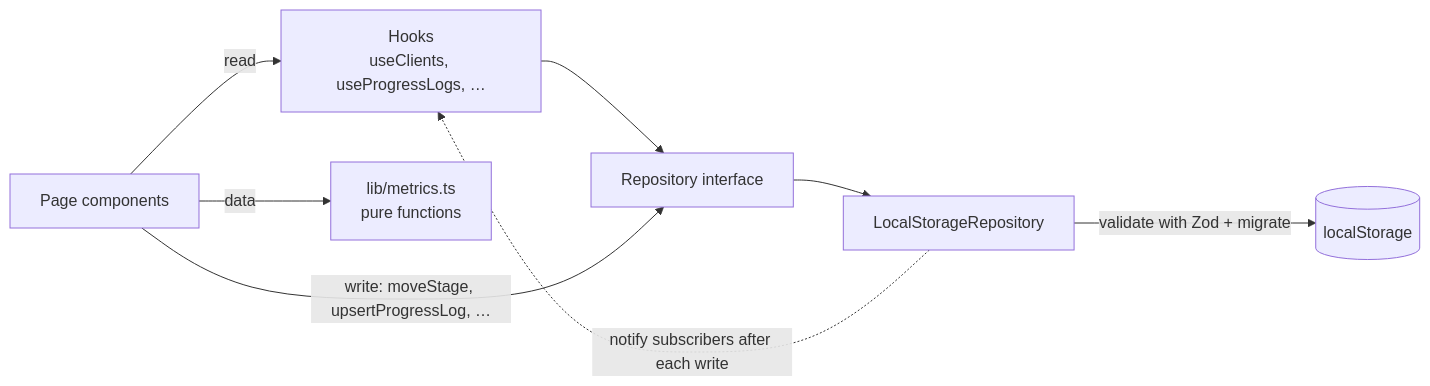
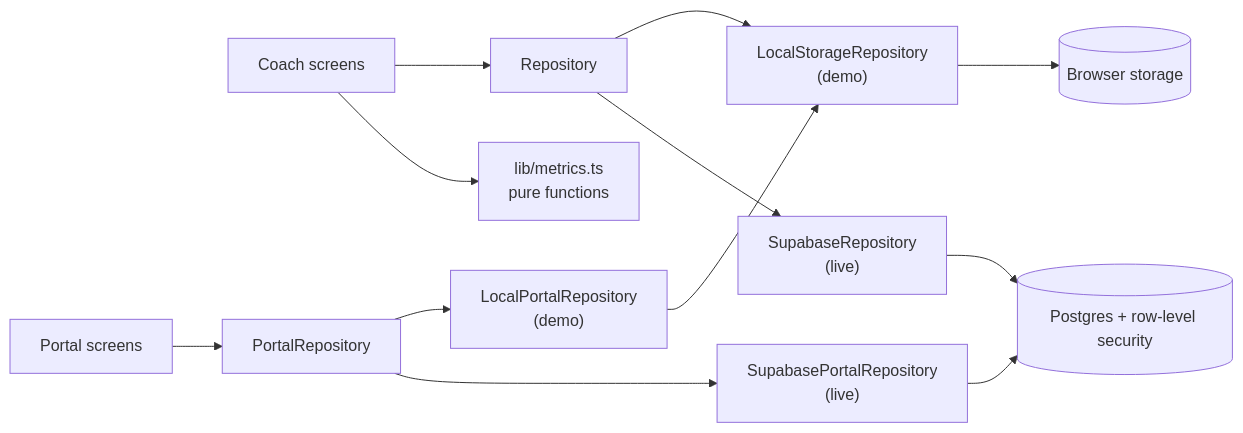
Before and after one commit to hmmangus/dayzero-client-tracker: the second of 2 diagrams in README.md, drawn with Mermaid. The commit also changed other lines of this file, not shown here.

Commit message:
docs: README for the client portal, live database and security model

````diff
--- a/README.md
+++ b/README.md
@@ -213,10 +273,14 @@
 ```mermaid
 flowchart LR
-    UI["Page components"] -->|read| Hooks["Hooks<br/>useClients, useProgressLogs, …"]
-    Hooks --> Repo["Repository interface"]
-    UI -->|write: moveStage, upsertProgressLog, …| Repo
-    Repo --> Impl["LocalStorageRepository"]
-    Impl -->|validate with Zod + migrate| Storage[("localStorage")]
-    Impl -.->|notify subscribers after each write| Hooks
-    UI -->|data| Metrics["lib/metrics.ts<br/>pure functions"]
+    Coach["Coach screens"] --> Repo["Repository"]
+    Client["Portal screens"] --> Portal["PortalRepository"]
+    Repo --> Local["LocalStorageRepository<br/>(demo)"]
+    Portal --> LocalPortal["LocalPortalRepository<br/>(demo)"]
+    Local --> LS[("Browser storage")]
+    LocalPortal --> Local
+    Repo --> Live["SupabaseRepository<br/>(live)"]
+    Portal --> LivePortal["SupabasePortalRepository<br/>(live)"]
+    Live --> DB[("Postgres + row-level security")]
+    LivePortal --> DB
+    Coach --> Metrics["lib/metrics.ts<br/>pure functions"]
 ```
````
